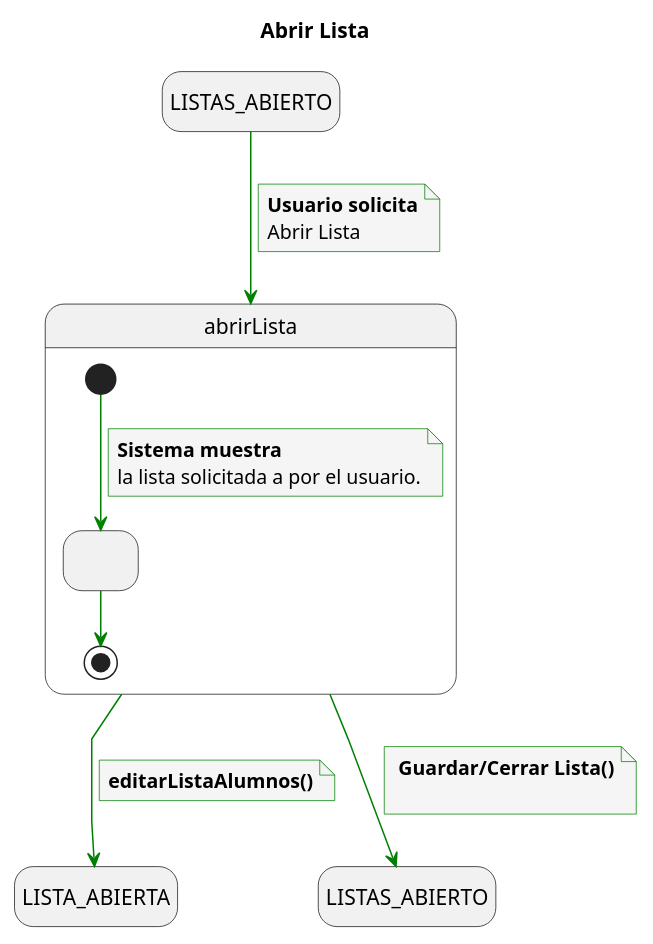
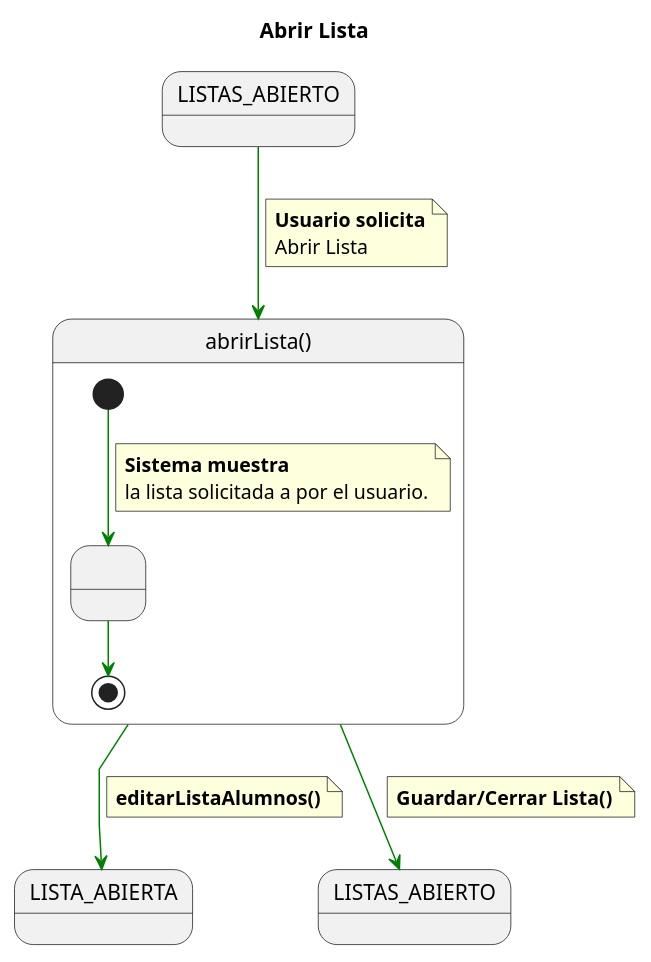
Before and after one commit to enmabry/25-26-IdSw1-SdR: the diagram in documents/CasosDeUso/DetalladoCasosDeUso/Secretaria/abrirLista.puml, drawn with PlantUML. The commit also changed 21 other files, not shown here.

```diff
--- a/documents/CasosDeUso/DetalladoCasosDeUso/Secretaria/abrirLista.puml
+++ b/documents/CasosDeUso/DetalladoCasosDeUso/Secretaria/abrirLista.puml
@@ -1,50 +1,40 @@
 @startuml
 title Abrir Lista
 
-
-skinparam {
-    NoteBackgroundColor #whiteSmoke
-    ArrowColor #green
-    NoteBorderColor #green
-    linetype polyline
-}
-
-hide empty description
-
+skinparam linetype polyline
 
 state startState as "LISTAS_ABIERTO"
-state endState1 as "LISTA_ABIERTA"
+state endState1 as "LISTA_ABIERTA" 
 state endState2 as "LISTAS_ABIERTO" 
 
-startState --> abrirLista
+startState -[#green]-> abrirLista
 note on link
     <b>Usuario solicita</b>
     Abrir Lista
 end note
 
-state abrirLista {
+state abrirLista as "abrirLista()" {
     state MostrarLista as " "
 
     ' 1. Inicio: El sistema muestra la lista
-    [*] --> MostrarLista
+    [*] -[#green]-> MostrarLista
     note on link
         <b>Sistema muestra</b>
         la lista solicitada a por el usuario.
     end note
 
     ' 2. Fin: El caso de uso interno finaliza
-    MostrarLista --> [*]
+    MostrarLista -[#green]-> [*]
 }
 
-abrirLista --> endState1
+abrirLista -[#green]-> endState1
 note on link
     <b>editarListaAlumnos()</b>
 end note
 
-abrirLista --> endState2
+abrirLista -[#green]-> endState2
 note on link
-    <b> Guardar/Cerrar Lista()</b>
-    
+    <b>Guardar/Cerrar Lista()</b>
 end note
 
 @enduml
```
